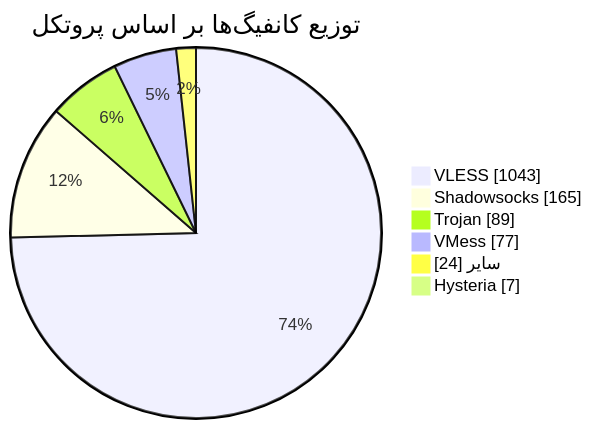
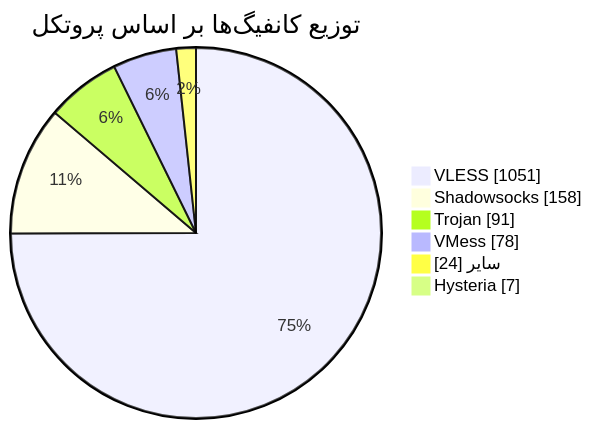
Before and after one commit to Arian-Alijani/Somthing: the diagram in README.md, drawn with Mermaid. The commit also changed other lines of this file and 89 other files, not shown here.

````diff
--- a/README.md
+++ b/README.md
@@ -50,10 +50,10 @@
 ```mermaid
 pie showData
     title توزیع کانفیگ‌ها بر اساس پروتکل
-    "VLESS" : 1043
-    "Shadowsocks" : 165
-    "Trojan" : 89
-    "VMess" : 77
+    "VLESS" : 1051
+    "Shadowsocks" : 158
+    "Trojan" : 91
+    "VMess" : 78
     "سایر" : 24
     "Hysteria" : 7
 ```
````
